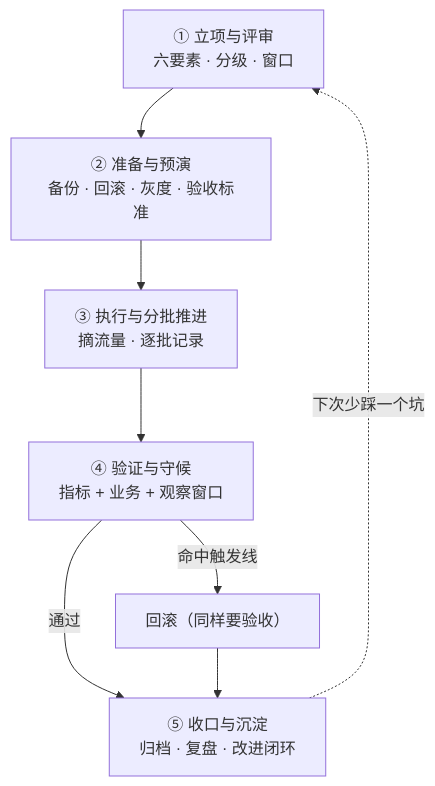
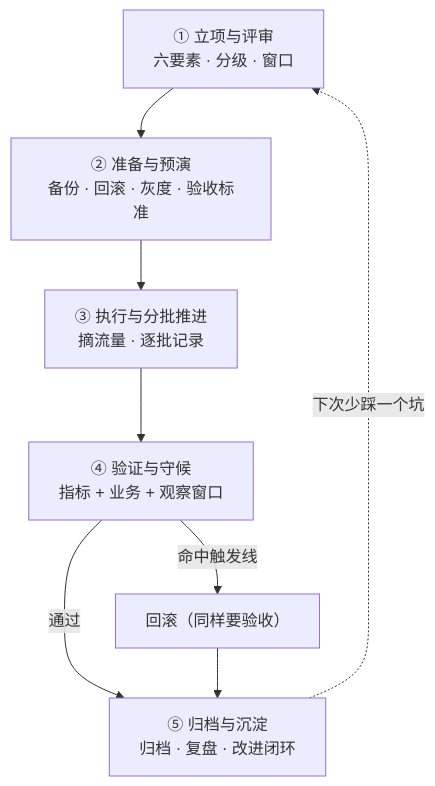
One commit to realtyz/ops-manual changed the first of 2 diagrams in Linux/11_生产运维与高可用/00_导读与知识地图.md. Above: the diagram before and after it, drawn with Mermaid. The commit also changed other lines of this file and 118 other files, not shown here.

````diff
--- a/Linux/11_生产运维与高可用/00_导读与知识地图.md
+++ b/Linux/11_生产运维与高可用/00_导读与知识地图.md
@@ -19,10 +19,10 @@
 ```mermaid
 flowchart
   A["① 立项与评审<br/>六要素 · 分级 · 窗口"] --> B["② 准备与预演<br/>备份 · 回滚 · 灰度 · 验收标准"]
   B --> C["③ 执行与分批推进<br/>摘流量 · 逐批记录"]
   C --> D["④ 验证与守候<br/>指标 + 业务 + 观察窗口"]
   D -- "命中触发线" --> E2["回滚（同样要验收）"]
-  D -- "通过" --> E["⑤ 收口与沉淀<br/>归档 · 复盘 · 改进闭环"]
+  D -- "通过" --> E["⑤ 归档与沉淀<br/>归档 · 复盘 · 改进闭环"]
   E2 --> E
   E -.->|"下次少踩一个坑"| A
 ```
````
